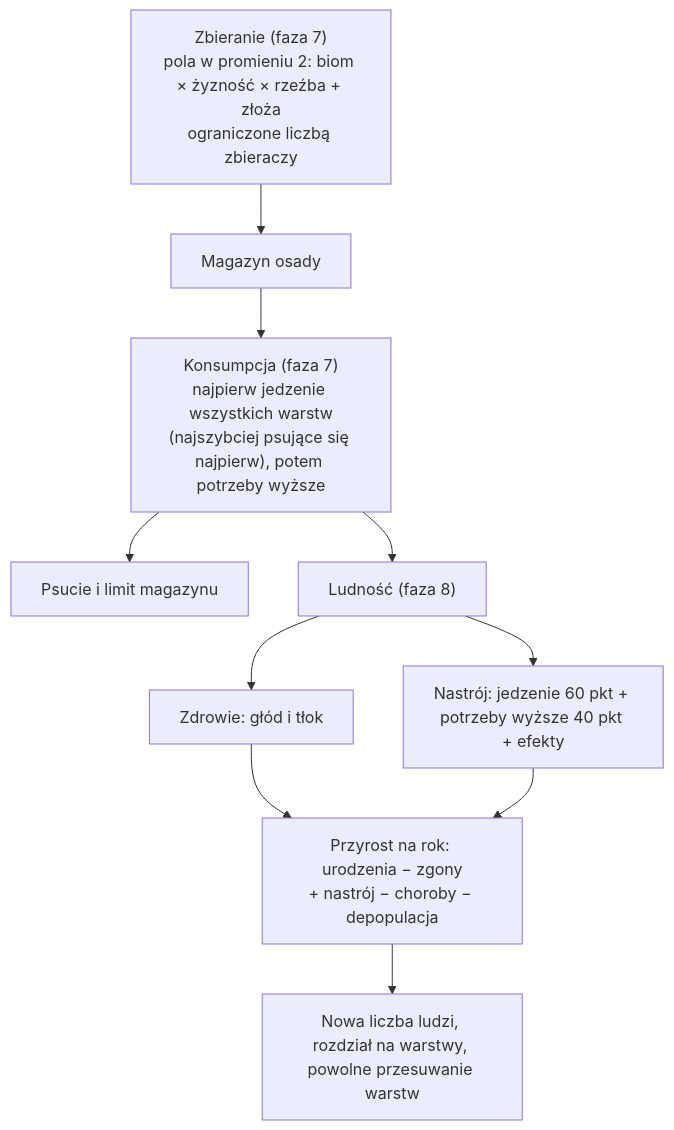
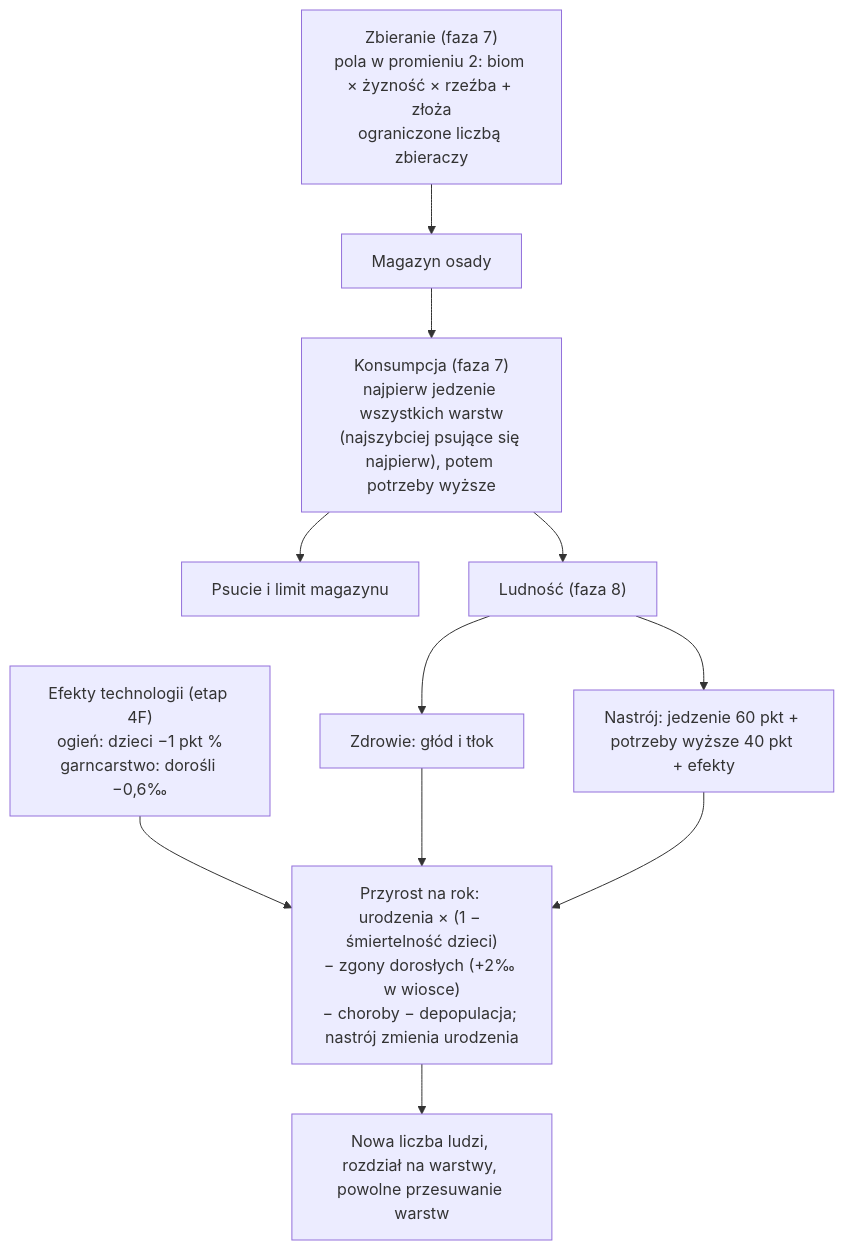
Before and after one commit to CoStellar/CivSim2: the diagram in docs/systems/population.md, drawn with Mermaid. The commit also changed other lines of this file and 4 other files, not shown here.

First line of the commit message:
Stage 4F PR 4: demography docs, population chart, dead value situation

````diff
--- a/docs/systems/population.md
+++ b/docs/systems/population.md
@@ -14,12 +14,13 @@
 ```mermaid
 flowchart TD
   G["Zbieranie (faza 7)<br/>pola w promieniu 2: biom × żyzność × rzeźba + złoża<br/>ograniczone liczbą zbieraczy"] --> M["Magazyn osady"]
   M --> C["Konsumpcja (faza 7)<br/>najpierw jedzenie wszystkich warstw<br/>(najszybciej psujące się najpierw), potem potrzeby wyższe"]
   C --> S["Psucie i limit magazynu"]
   C --> P["Ludność (faza 8)"]
   P --> H["Zdrowie: głód i tłok"]
   P --> N["Nastrój: jedzenie 60 pkt + potrzeby wyższe 40 pkt + efekty"]
-  H --> R["Przyrost na rok: urodzenia − zgony<br/>+ nastrój − choroby − depopulacja"]
+  T["Efekty technologii (etap 4F)<br/>ogień: dzieci −1 pkt %<br/>garncarstwo: dorośli −0,6‰"] --> R
+  H --> R["Przyrost na rok: urodzenia × (1 − śmiertelność dzieci)<br/>− zgony dorosłych (+2‰ w wiosce)<br/>− choroby − depopulacja; nastrój zmienia urodzenia"]
   N --> R
   R --> W["Nowa liczba ludzi, rozdział na warstwy, powolne przesuwanie warstw"]
 ```
````
